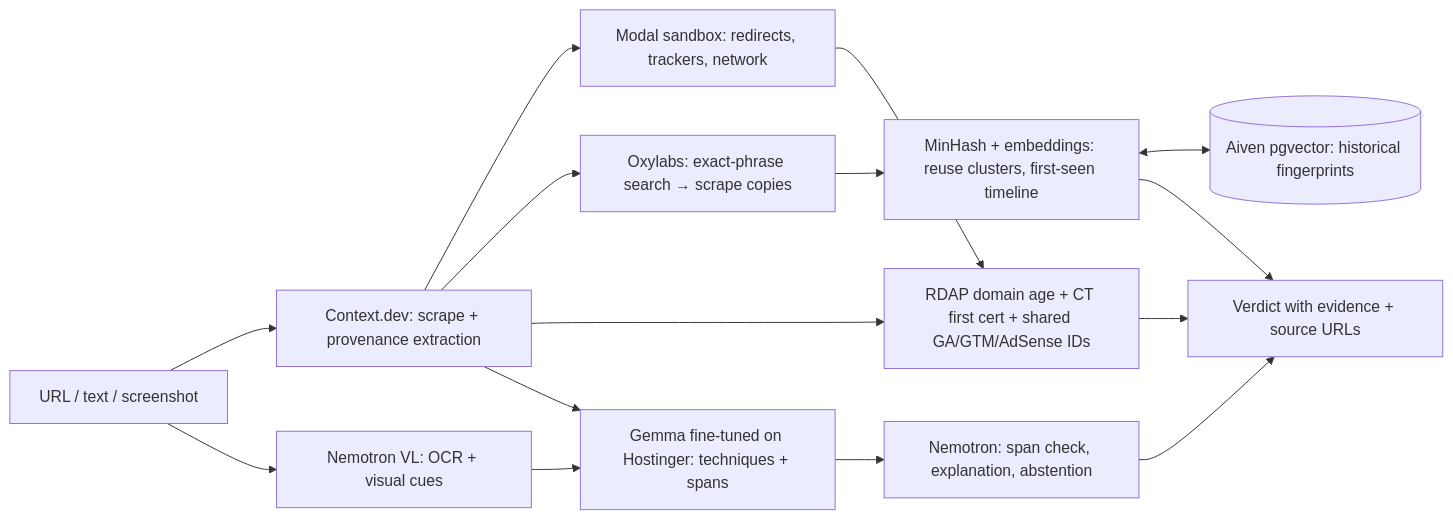
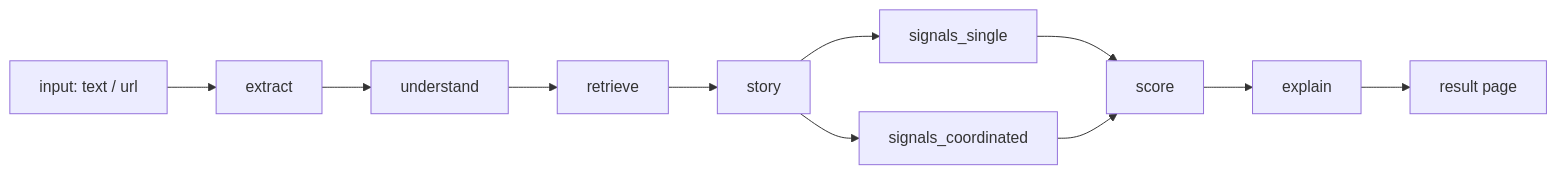
Before and after one commit to Degra02/junction-2026: the diagram in SPEC.md, drawn with Mermaid. The commit also changed other lines of this file, not shown here.

````diff
--- a/SPEC.md
+++ b/SPEC.md
@@ -65,17 +44,13 @@
 ```mermaid
 flowchart LR
-  IN[URL / text / screenshot] --> CD[Context.dev: scrape + provenance extraction]
-  IN --> NVL[Nemotron VL: OCR + visual cues]
-  CD --> SB[Modal sandbox: redirects, trackers, network]
-  CD --> OX[Oxylabs: exact-phrase search → scrape copies]
-  OX --> REUSE[MinHash + embeddings: reuse clusters, first-seen timeline]
-  REUSE <--> DB[(Aiven pgvector: historical fingerprints)]
-  CD --> INFRA[RDAP domain age + CT first cert + shared GA/GTM/AdSense IDs]
-  SB --> INFRA
-  CD --> GEM[Gemma fine-tuned on Hostinger: techniques + spans]
-  NVL --> GEM
-  GEM --> NEM[Nemotron: span check, explanation, abstention]
-  REUSE --> V[Verdict with evidence + source URLs]
-  INFRA --> V
-  NEM --> V
+  IN[input: text / url] --> EX[extract]
+  EX --> UN[understand]
+  UN --> RT[retrieve]
+  RT --> ST[story]
+  ST --> SS[signals_single]
+  ST --> SC[signals_coordinated]
+  SS --> SCO[score]
+  SC --> SCO
+  SCO --> XP[explain]
+  XP --> UI[result page]
 ```
````
